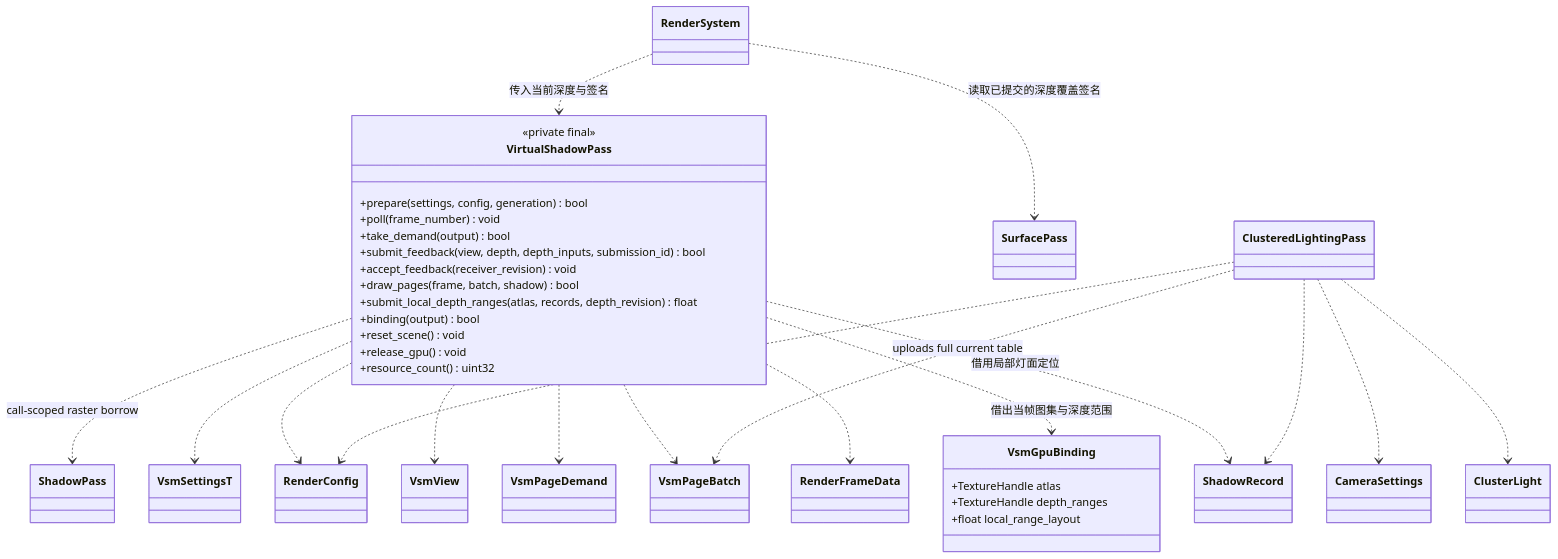
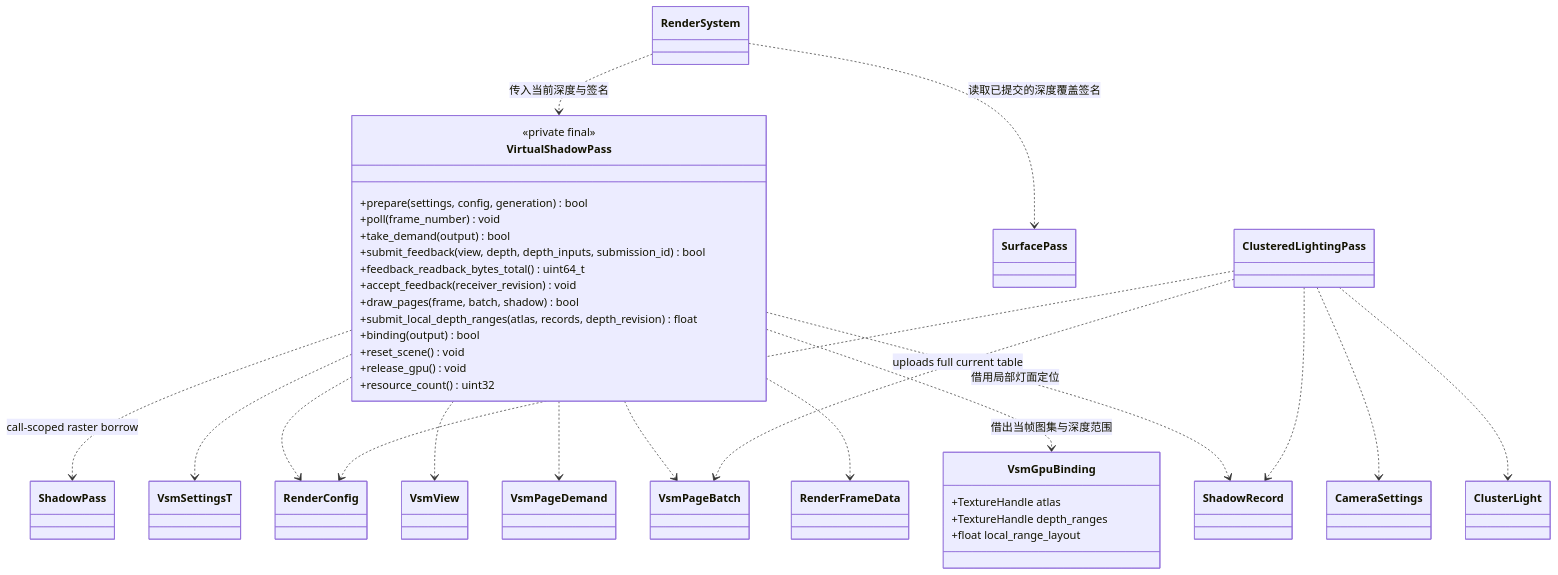
One commit to lcgamedevelop/Engine changed the fourth of 5 diagrams in docs/runtime/class-diagrams/virtual-shadow-maps.md. Above: the diagram before and after it, drawn with Mermaid. The commit also changed 22 other files, not shown here.

````diff
--- a/docs/runtime/class-diagrams/virtual-shadow-maps.md
+++ b/docs/runtime/class-diagrams/virtual-shadow-maps.md
@@ -252,52 +252,53 @@
 ```mermaid
 classDiagram
 direction TB
 class VirtualShadowPass {
     <<private final>>
     +prepare(settings, config, generation) bool
     +poll(frame_number) void
     +take_demand(output) bool
     +submit_feedback(view, depth, depth_inputs, submission_id) bool
+    +feedback_readback_bytes_total() uint64_t
     +accept_feedback(receiver_revision) void
     +draw_pages(frame, batch, shadow) bool
     +submit_local_depth_ranges(atlas, records, depth_revision) float
     +binding(output) bool
     +reset_scene() void
     +release_gpu() void
     +resource_count() uint32
 }
 class ShadowPass
 class VsmSettingsT
 class RenderConfig
 class VsmView
 class VsmPageDemand
 class VsmPageBatch
 class RenderFrameData
 class SurfacePass
 class RenderSystem
 class VsmGpuBinding {
     +TextureHandle atlas
     +TextureHandle depth_ranges
     +float local_range_layout
 }
 class ClusteredLightingPass
 class CameraSettings
 class ClusterLight
 class ShadowRecord
 VirtualShadowPass ..> ShadowPass : call-scoped raster borrow
 VirtualShadowPass ..> VsmSettingsT
 VirtualShadowPass ..> RenderConfig
 VirtualShadowPass ..> VsmView
 VirtualShadowPass ..> VsmPageDemand
 VirtualShadowPass ..> VsmPageBatch
 VirtualShadowPass ..> RenderFrameData
 RenderSystem ..> SurfacePass : 读取已提交的深度覆盖签名
 RenderSystem ..> VirtualShadowPass : 传入当前深度与签名
 VirtualShadowPass ..> VsmGpuBinding : 借出当帧图集与深度范围
 VirtualShadowPass ..> ShadowRecord : 借用局部灯面定位
 ClusteredLightingPass ..> RenderConfig
 ClusteredLightingPass ..> CameraSettings
 ClusteredLightingPass ..> ClusterLight
 ClusteredLightingPass ..> ShadowRecord
 ClusteredLightingPass ..> VsmPageBatch : uploads full current table
 ```
````
